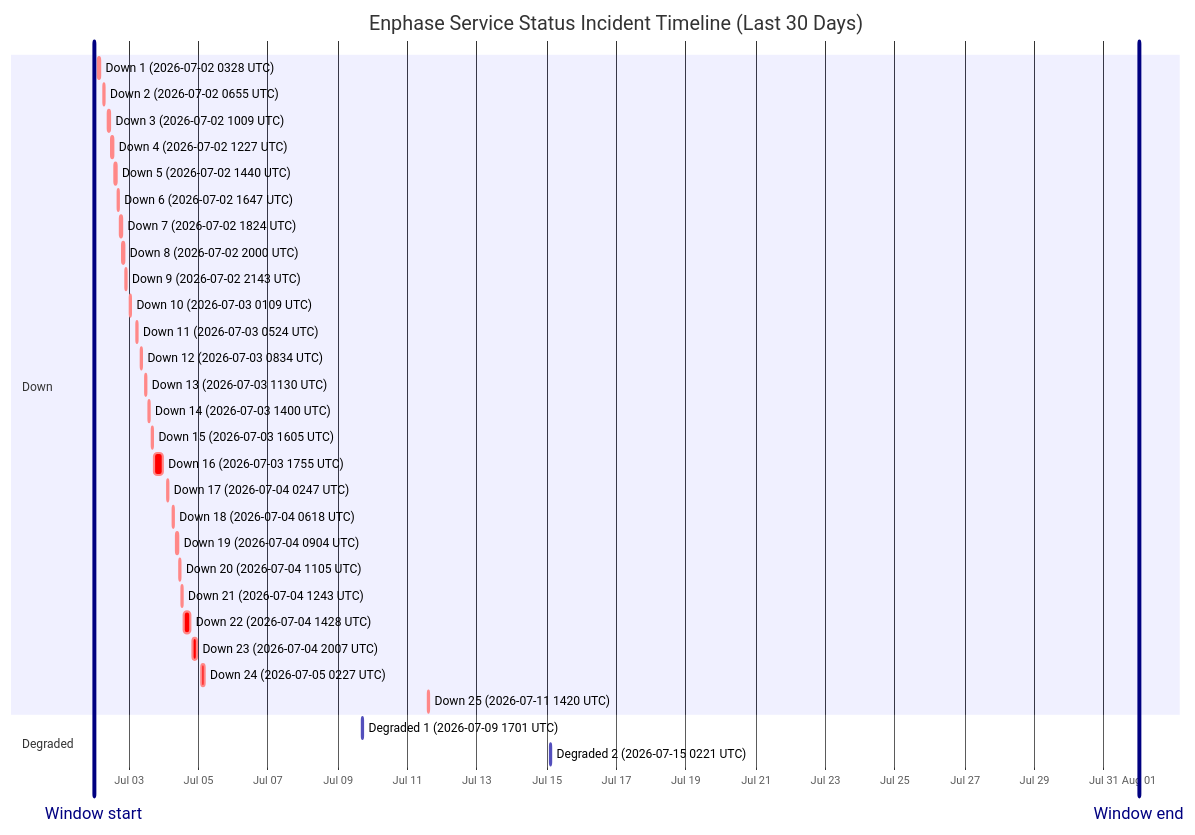
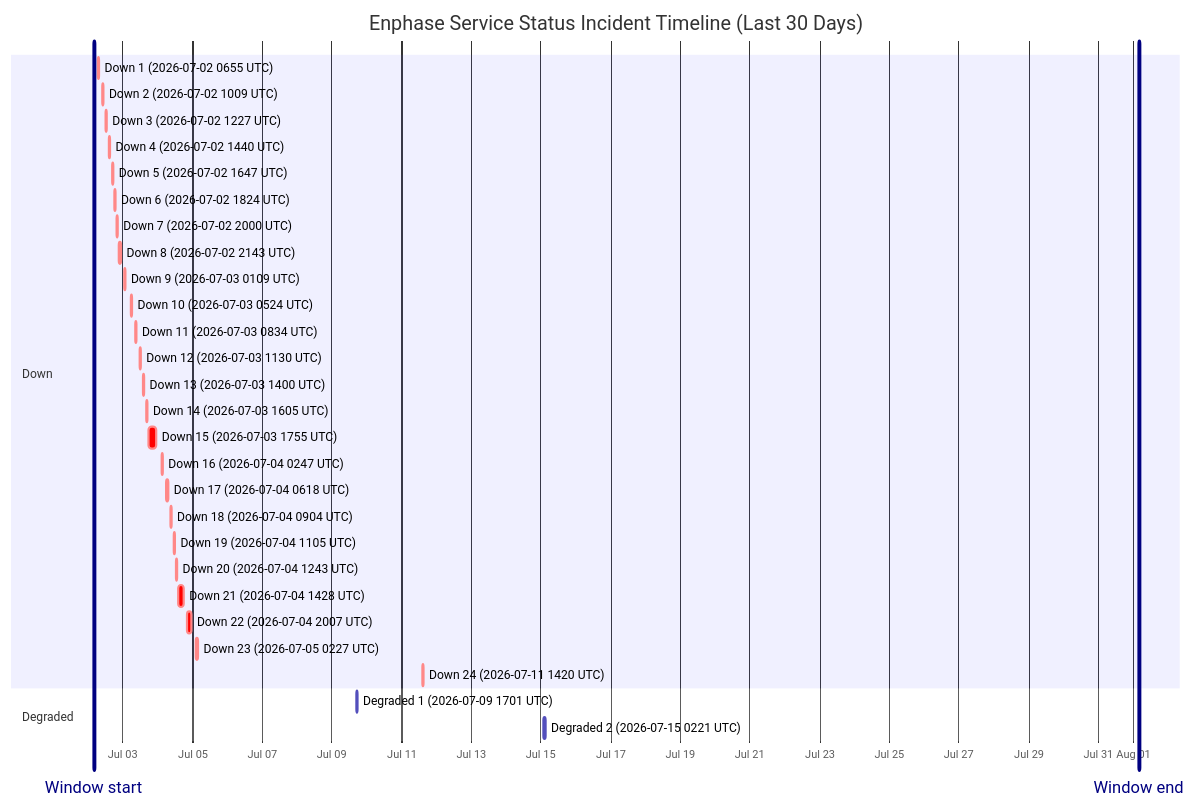
One commit to barneyonline/ha-enphase-energy changed the diagram in wiki/Service-Status-History.md. Above: the diagram before and after it, drawn with Mermaid. The commit also changed other lines of this file and 3 other files, not shown here.

````diff
--- a/wiki/Service-Status-History.md
+++ b/wiki/Service-Status-History.md
@@ -14,37 +14,36 @@
 ```mermaid
 gantt
     title Enphase Service Status Incident Timeline (Last 30 Days)
     dateFormat  YYYY-MM-DDTHH:mm:ss
     axisFormat  %b %d
-    Window start :vert, window-start, 2026-07-02T00:04:42, 0ms
-    Window end :vert, window-end, 2026-08-01T00:04:42, 0ms
+    Window start :vert, window-start, 2026-07-02T04:00:16, 0ms
+    Window end :vert, window-end, 2026-08-01T04:00:16, 0ms
     section Down
-    Down 1 (2026-07-02 0328 UTC) :crit, down-1, 2026-07-02T03:28:33, 60m
-    Down 2 (2026-07-02 0655 UTC) :crit, down-2, 2026-07-02T06:55:07, 60m
-    Down 3 (2026-07-02 1009 UTC) :crit, down-3, 2026-07-02T10:09:15, 60m
-    Down 4 (2026-07-02 1227 UTC) :crit, down-4, 2026-07-02T12:27:49, 60m
-    Down 5 (2026-07-02 1440 UTC) :crit, down-5, 2026-07-02T14:40:53, 60m
-    Down 6 (2026-07-02 1647 UTC) :crit, down-6, 2026-07-02T16:47:47, 60m
-    Down 7 (2026-07-02 1824 UTC) :crit, down-7, 2026-07-02T18:24:26, 60m
-    Down 8 (2026-07-02 2000 UTC) :crit, down-8, 2026-07-02T20:00:57, 60m
-    Down 9 (2026-07-02 2143 UTC) :crit, down-9, 2026-07-02T21:43:52, 80m
-    Down 10 (2026-07-03 0109 UTC) :crit, down-10, 2026-07-03T01:09:19, 60m
-    Down 11 (2026-07-03 0524 UTC) :crit, down-11, 2026-07-03T05:24:23, 60m
-    Down 12 (2026-07-03 0834 UTC) :crit, down-12, 2026-07-03T08:34:05, 60m
-    Down 13 (2026-07-03 1130 UTC) :crit, down-13, 2026-07-03T11:30:41, 60m
-    Down 14 (2026-07-03 1400 UTC) :crit, down-14, 2026-07-03T14:00:48, 60m
-    Down 15 (2026-07-03 1605 UTC) :crit, down-15, 2026-07-03T16:05:49, 60m
-    Down 16 (2026-07-03 1755 UTC) :crit, down-16, 2026-07-03T17:55:54, 338m
-    Down 17 (2026-07-04 0247 UTC) :crit, down-17, 2026-07-04T02:47:22, 60m
-    Down 18 (2026-07-04 0618 UTC) :crit, down-18, 2026-07-04T06:18:09, 60m
-    Down 19 (2026-07-04 0904 UTC) :crit, down-19, 2026-07-04T09:04:41, 60m
-    Down 20 (2026-07-04 1105 UTC) :crit, down-20, 2026-07-04T11:05:21, 60m
-    Down 21 (2026-07-04 1243 UTC) :crit, down-21, 2026-07-04T12:43:25, 60m
-    Down 22 (2026-07-04 1428 UTC) :crit, down-22, 2026-07-04T14:28:07, 243m
-    Down 23 (2026-07-04 2007 UTC) :crit, down-23, 2026-07-04T20:07:50, 206m
-    Down 24 (2026-07-05 0227 UTC) :crit, down-24, 2026-07-05T02:27:32, 109m
-    Down 25 (2026-07-11 1420 UTC) :crit, down-25, 2026-07-11T14:20:54, 69m
+    Down 1 (2026-07-02 0655 UTC) :crit, down-1, 2026-07-02T06:55:07, 60m
+    Down 2 (2026-07-02 1009 UTC) :crit, down-2, 2026-07-02T10:09:15, 60m
+    Down 3 (2026-07-02 1227 UTC) :crit, down-3, 2026-07-02T12:27:49, 60m
+    Down 4 (2026-07-02 1440 UTC) :crit, down-4, 2026-07-02T14:40:53, 60m
+    Down 5 (2026-07-02 1647 UTC) :crit, down-5, 2026-07-02T16:47:47, 60m
+    Down 6 (2026-07-02 1824 UTC) :crit, down-6, 2026-07-02T18:24:26, 60m
+    Down 7 (2026-07-02 2000 UTC) :crit, down-7, 2026-07-02T20:00:57, 60m
+    Down 8 (2026-07-02 2143 UTC) :crit, down-8, 2026-07-02T21:43:52, 80m
+    Down 9 (2026-07-03 0109 UTC) :crit, down-9, 2026-07-03T01:09:19, 60m
+    Down 10 (2026-07-03 0524 UTC) :crit, down-10, 2026-07-03T05:24:23, 60m
+    Down 11 (2026-07-03 0834 UTC) :crit, down-11, 2026-07-03T08:34:05, 60m
+    Down 12 (2026-07-03 1130 UTC) :crit, down-12, 2026-07-03T11:30:41, 60m
+    Down 13 (2026-07-03 1400 UTC) :crit, down-13, 2026-07-03T14:00:48, 60m
+    Down 14 (2026-07-03 1605 UTC) :crit, down-14, 2026-07-03T16:05:49, 60m
+    Down 15 (2026-07-03 1755 UTC) :crit, down-15, 2026-07-03T17:55:54, 338m
+    Down 16 (2026-07-04 0247 UTC) :crit, down-16, 2026-07-04T02:47:22, 60m
+    Down 17 (2026-07-04 0618 UTC) :crit, down-17, 2026-07-04T06:18:09, 60m
+    Down 18 (2026-07-04 0904 UTC) :crit, down-18, 2026-07-04T09:04:41, 60m
+    Down 19 (2026-07-04 1105 UTC) :crit, down-19, 2026-07-04T11:05:21, 60m
+    Down 20 (2026-07-04 1243 UTC) :crit, down-20, 2026-07-04T12:43:25, 60m
+    Down 21 (2026-07-04 1428 UTC) :crit, down-21, 2026-07-04T14:28:07, 243m
+    Down 22 (2026-07-04 2007 UTC) :crit, down-22, 2026-07-04T20:07:50, 206m
+    Down 23 (2026-07-05 0227 UTC) :crit, down-23, 2026-07-05T02:27:32, 109m
+    Down 24 (2026-07-11 1420 UTC) :crit, down-24, 2026-07-11T14:20:54, 69m
     section Degraded
     Degraded 1 (2026-07-09 1701 UTC) :active, degraded-1, 2026-07-09T17:01:02, 60m
     Degraded 2 (2026-07-15 0221 UTC) :active, degraded-2, 2026-07-15T02:21:35, 60m
 ```
````
